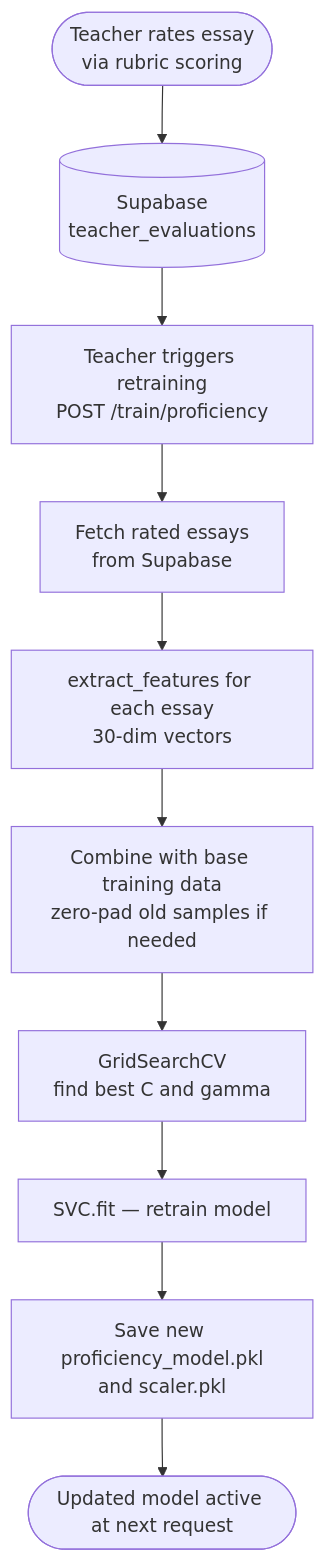
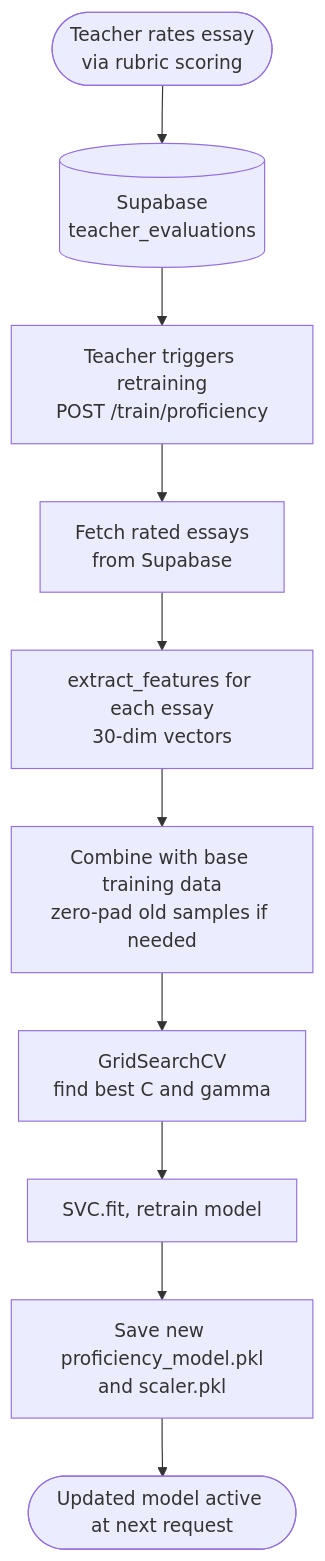
Before and after one commit to ianxroy/readtrack: the fourth of 5 diagrams in defense-member3-system.md, drawn with Mermaid. The commit also changed other lines of this file and 9 other files, not shown here.

````diff
--- a/defense-member3-system.md
+++ b/defense-member3-system.md
@@ -106,12 +106,12 @@
 ```mermaid
 flowchart TD
     A([Teacher rates essay<br/>via rubric scoring]) --> B[("Supabase<br/>teacher_evaluations")]
     B --> C[Teacher triggers retraining<br/>POST /train/proficiency]
     C --> D[Fetch rated essays<br/>from Supabase]
     D --> E[extract_features for each essay<br/>30-dim vectors]
     E --> F[Combine with base training data<br/>zero-pad old samples if needed]
     F --> G[GridSearchCV<br/>find best C and gamma]
-    G --> H[SVC.fit — retrain model]
+    G --> H[SVC.fit, retrain model]
     H --> I[Save new proficiency_model.pkl<br/>and scaler.pkl]
     I --> J([Updated model active at next request])
 ```
````
